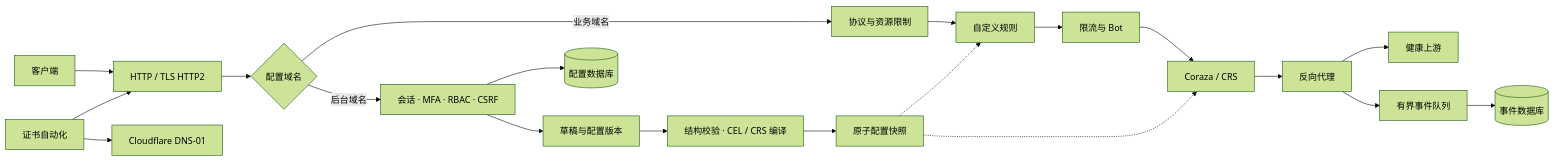
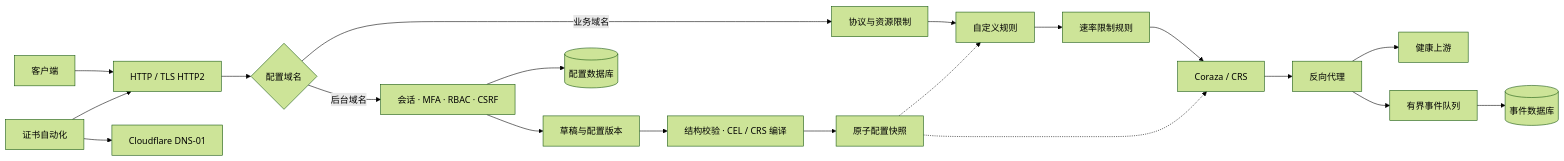
The diagram in docs/ARCHITECTURE.md (NeptuneIsTheBest/WAF), drawn with Mermaid (forest theme) before and after one commit. The commit also changed other lines of this file and 44 other files, not shown here.

````diff
--- a/docs/ARCHITECTURE.md
+++ b/docs/ARCHITECTURE.md
@@ -3,22 +3,22 @@
 ```mermaid
 flowchart LR
   Client[客户端] --> Listener[HTTP / TLS HTTP2]
   Listener --> Host{配置域名}
   Host -->|后台域名| Admin[会话 · MFA · RBAC · CSRF]
   Admin --> Draft[草稿与配置版本]
   Draft --> Compile[结构校验 · CEL / CRS 编译]
   Compile --> Snapshot[原子配置快照]
   Host -->|业务域名| Limits[协议与资源限制]
   Limits --> Custom[自定义规则]
-  Custom --> Rate[限流与 Bot]
+  Custom --> Rate[速率限制规则]
   Rate --> Managed[Coraza / CRS]
   Managed --> Proxy[反向代理]
   Snapshot -.-> Custom
   Snapshot -.-> Managed
   Proxy --> Origin[健康上游]
   Proxy --> Queue[有界事件队列]
   Queue --> Events[(事件数据库)]
   Admin --> Config[(配置数据库)]
   CertMagic[证书自动化] --> DNS[Cloudflare DNS-01]
   CertMagic --> Listener
 ```
````
